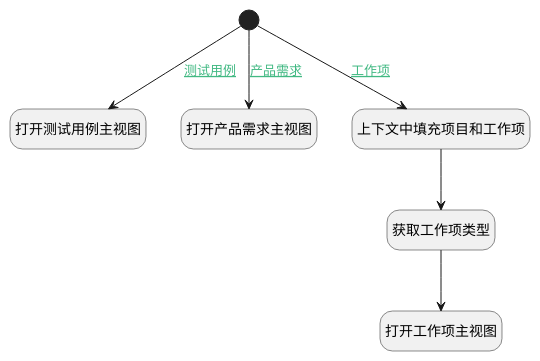
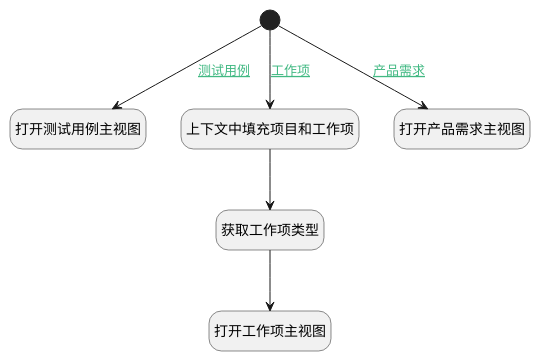
The diagram in doc/docsify/module/Base/workload/uilogic/open_main_view.md (iBizLab/plm), drawn with PlantUML before and after one commit. The commit also changed other lines of this file and 1276 other files, not shown here.

````diff
--- a/doc/docsify/module/Base/workload/uilogic/open_main_view.md
+++ b/doc/docsify/module/Base/workload/uilogic/open_main_view.md
@@ -7,27 +7,27 @@
 ```plantuml
 @startuml
 hide footbox
 <style>
 root {
   HyperlinkColor #42b983
 }
 </style>
 
 hide empty description
 state "开始" as Begin <<start>> [[$./open_main_view#begin {开始}]]
+state "获取工作项类型" as DEACTION1  [[$./open_main_view#deaction1 {获取工作项类型}]]
+state "打开测试用例主视图" as DEUIACTION2  [[$./open_main_view#deuiaction2 {打开测试用例主视图}]]
 state "打开工作项主视图" as DEUIACTION1  [[$./open_main_view#deuiaction1 {打开工作项主视图}]]
-state "打开测试用例主视图" as DEUIACTION2  [[$./open_main_view#deuiaction2 {打开测试用例主视图}]]
-state "获取工作项类型" as DEACTION1  [[$./open_main_view#deaction1 {获取工作项类型}]]
+state "上下文中填充项目和工作项" as PREPAREJSPARAM1  [[$./open_main_view#preparejsparam1 {上下文中填充项目和工作项}]]
 state "打开产品需求主视图" as DEUIACTION3  [[$./open_main_view#deuiaction3 {打开产品需求主视图}]]
-state "上下文中填充项目和工作项" as PREPAREJSPARAM1  [[$./open_main_view#preparejsparam1 {上下文中填充项目和工作项}]]
 
 
 Begin --> PREPAREJSPARAM1 : [[$./open_main_view#begin-preparejsparam1{工作项} 工作项]]
 PREPAREJSPARAM1 --> DEACTION1
 DEACTION1 --> DEUIACTION1
 Begin --> DEUIACTION2 : [[$./open_main_view#begin-deuiaction2{测试用例} 测试用例]]
 Begin --> DEUIACTION3 : [[$./open_main_view#begin-deuiaction3{产品需求} 产品需求]]
 
 
 @enduml
 ```
````
